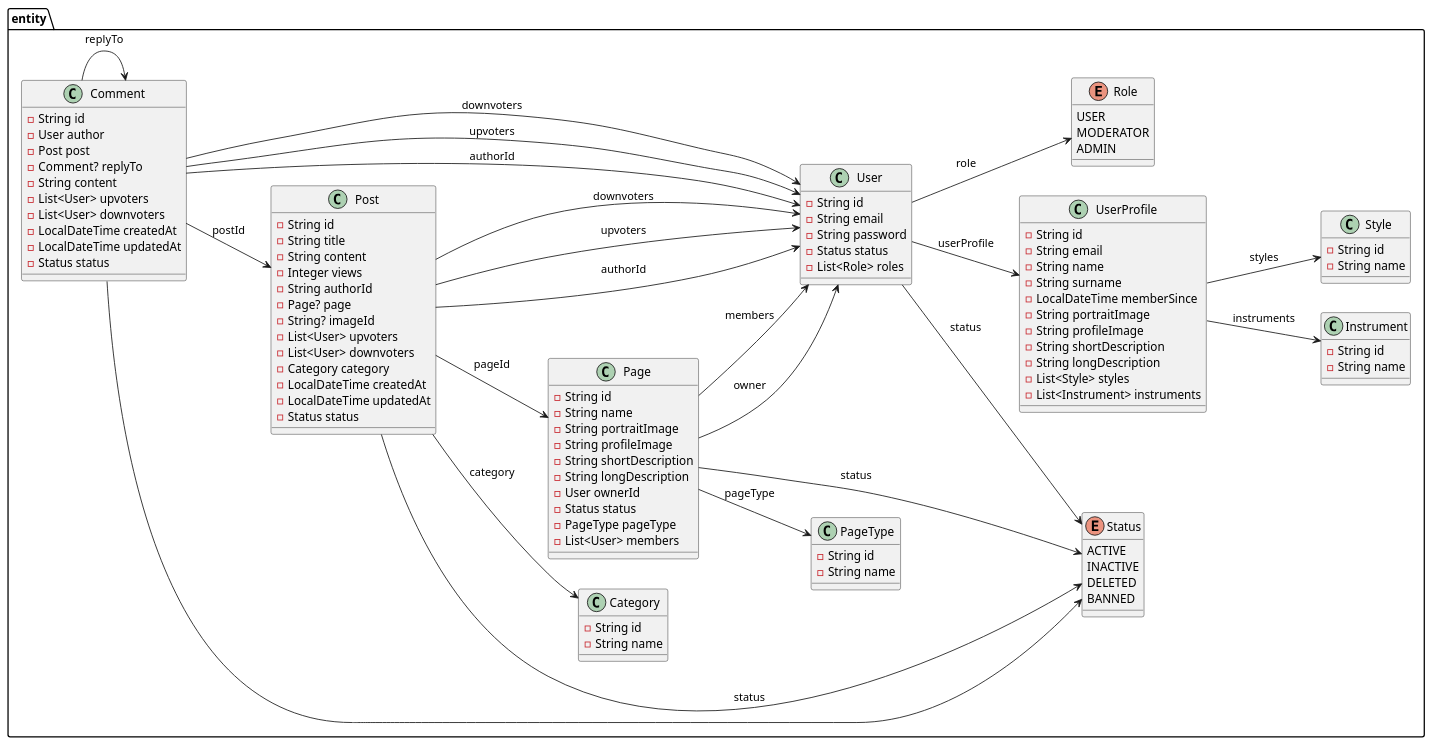
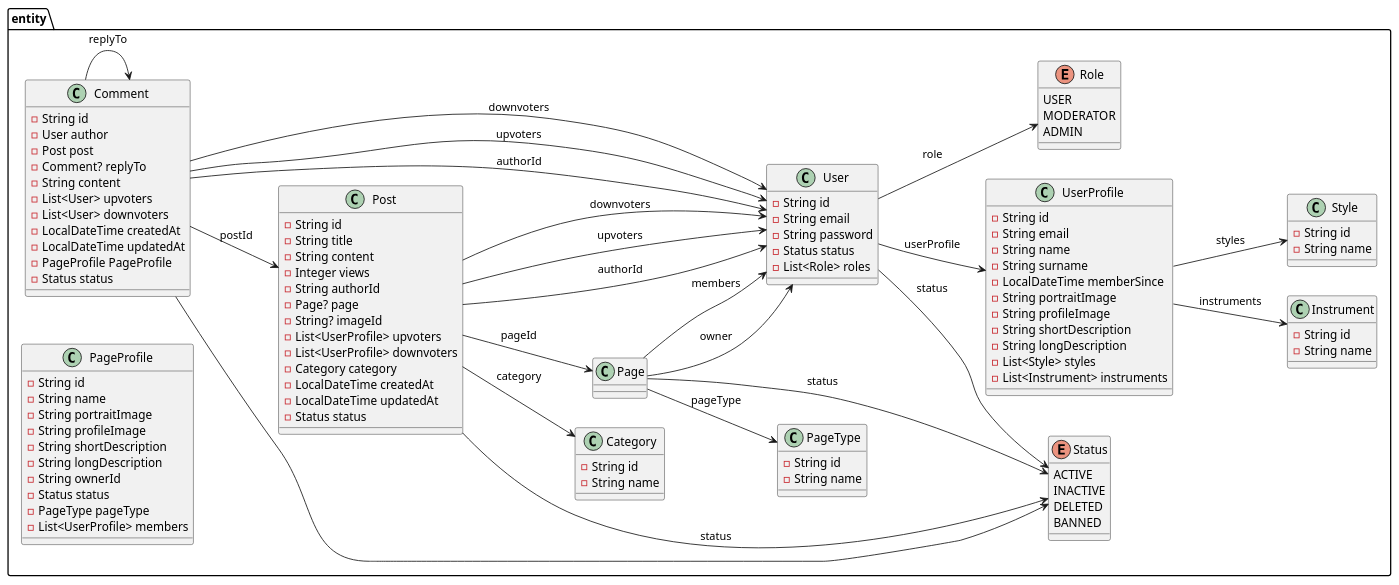
Before and after one commit to 2piradrian/seminario-docs: the diagram in domain-class-seminario.puml, drawn with PlantUML.

Commit message:
update: domain class

```diff
--- a/domain-class-seminario.puml
+++ b/domain-class-seminario.puml
@@ -1,126 +1,127 @@
 @startuml entity-model
 left to right direction
 
 package entity {
 
     enum Role {
         USER
         MODERATOR
         ADMIN
     }
 
     enum Status {
         ACTIVE
         INACTIVE
         DELETED
         BANNED
     }
 
     class Category {
         - String id
         - String name
     }
 
     class PageType {
         - String id
         - String name
     }
 
     class Instrument {
         - String id
         - String name
     }
 
     class Style {
         - String id
         - String name
     }
 
     class Comment {
         - String id
         - User author
         - Post post
         - Comment? replyTo
         - String content
         - List<User> upvoters
         - List<User> downvoters
         - LocalDateTime createdAt
         - LocalDateTime updatedAt
+        - PageProfile PageProfile
         - Status status
     }
 
     class Post {
         - String id
         - String title
         - String content
         - Integer views
         - String authorId
         - Page? page
         - String? imageId
-        - List<User> upvoters
-        - List<User> downvoters
+        - List<UserProfile> upvoters
+        - List<UserProfile> downvoters
         - Category category
         - LocalDateTime createdAt
         - LocalDateTime updatedAt
         - Status status
     }
 
     class User {
         - String id
         - String email
         - String password
         - Status status
         - List<Role> roles
     }
 
     class UserProfile {
         - String id
         - String email
         - String name
         - String surname
         - LocalDateTime memberSince
         - String portraitImage
         - String profileImage
         - String shortDescription
         - String longDescription
         - List<Style> styles
         - List<Instrument> instruments
     }
 
-    class Page {
+    class PageProfile {
         - String id
         - String name
         - String portraitImage
         - String profileImage
         - String shortDescription
         - String longDescription
-        - User ownerId
+        - String ownerId
         - Status status
         - PageType pageType
-        - List<User> members
+        - List<UserProfile> members
     }
 
     Comment --> Post : postId
     Comment --> Comment : replyTo
     Comment --> Status
     Comment --> User : authorId
     Comment --> User : upvoters
     Comment --> User : downvoters
     Post --> Category : category
     Post --> Status : status
     Post --> User : authorId
     Post --> Page : pageId
     Post --> User : upvoters
     Post --> User : downvoters
     User --> Role : role
     User --> Status : status
     User --> UserProfile : userProfile
     UserProfile --> Style :  styles
     UserProfile --> Instrument :  instruments
     Page --> User : members
     Page --> User : owner
     Page --> PageType : pageType
     Page --> Status : status
 
 }
 @enduml
```
